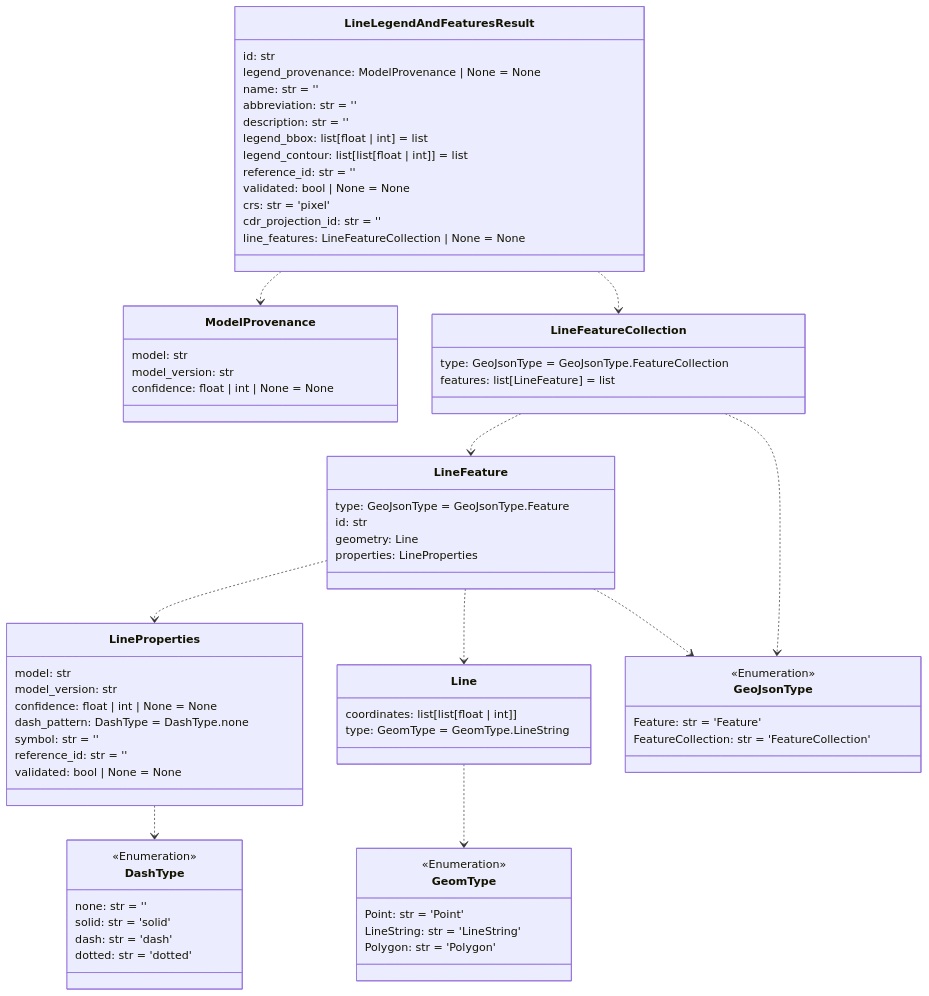
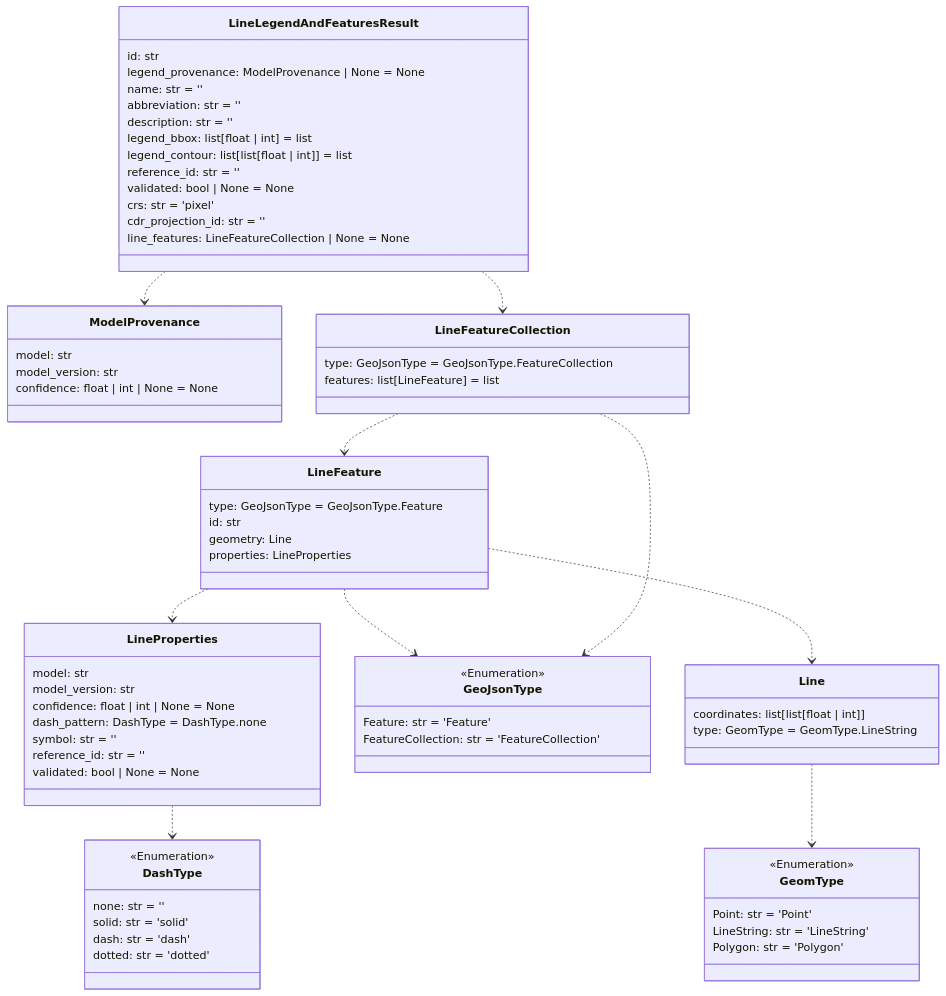
Before and after one commit to DARPA-CRITICALMAAS/cdr_schemas: the sixth of 14 diagrams in README.md, drawn with Mermaid. The commit also changed other lines of this file and 2 other files, not shown here.

````diff
--- a/README.md
+++ b/README.md
@@ -452,84 +452,84 @@
 ```mermaid
 classDiagram
-
-    class GeomType {
-        <<Enumeration>>
-        Point: str = 'Point'
-        LineString: str = 'LineString'
-        Polygon: str = 'Polygon'
-    }
-
-    class ModelProvenance {
-        model: str
-        model_version: str
-        confidence: float | int | None = None
-    }
-
-    class DashType {
-        <<Enumeration>>
-        none: str = ''
-        solid: str = 'solid'
-        dash: str = 'dash'
-        dotted: str = 'dotted'
-    }
-
-    class LineProperties {
-        model: str
-        model_version: str
-        confidence: float | int | None = None
-        dash_pattern: DashType = DashType.none
-        symbol: str = ''
-        reference_id: str = ''
-        validated: bool | None = None
-    }
-
-    class LineFeatureCollection {
-        type: GeoJsonType = GeoJsonType.FeatureCollection
-        features: list[LineFeature] = list
-    }
-
-    class LineFeature {
-        type: GeoJsonType = GeoJsonType.Feature
-        id: str
-        geometry: Line
-        properties: LineProperties
-    }
 
     class LineLegendAndFeaturesResult {
         id: str
         legend_provenance: ModelProvenance | None = None
         name: str = ''
         abbreviation: str = ''
         description: str = ''
         legend_bbox: list[float | int] = list
         legend_contour: list[list[float | int]] = list
         reference_id: str = ''
         validated: bool | None = None
         crs: str = 'pixel'
         cdr_projection_id: str = ''
         line_features: LineFeatureCollection | None = None
     }
 
+    class DashType {
+        <<Enumeration>>
+        none: str = ''
+        solid: str = 'solid'
+        dash: str = 'dash'
+        dotted: str = 'dotted'
+    }
+
+    class LineFeature {
+        type: GeoJsonType = GeoJsonType.Feature
+        id: str
+        geometry: Line
+        properties: LineProperties
+    }
+
+    class GeomType {
+        <<Enumeration>>
+        Point: str = 'Point'
+        LineString: str = 'LineString'
+        Polygon: str = 'Polygon'
+    }
+
+    class ModelProvenance {
+        model: str
+        model_version: str
+        confidence: float | int | None = None
+    }
+
     class Line {
         coordinates: list[list[float | int]]
         type: GeomType = GeomType.LineString
     }
 
     class GeoJsonType {
         <<Enumeration>>
         Feature: str = 'Feature'
         FeatureCollection: str = 'FeatureCollection'
     }
 
+    class LineFeatureCollection {
+        type: GeoJsonType = GeoJsonType.FeatureCollection
+        features: list[LineFeature] = list
+    }
+
+    class LineProperties {
+        model: str
+        model_version: str
+        confidence: float | int | None = None
+        dash_pattern: DashType = DashType.none
+        symbol: str = ''
+        reference_id: str = ''
+        validated: bool | None = None
+    }
+
     Line ..> GeomType
     LineProperties ..> DashType
     LineFeature ..> LineProperties
     LineFeature ..> GeoJsonType
     LineFeature ..> Line
     LineFeatureCollection ..> LineFeature
     LineFeatureCollection ..> GeoJsonType
+    LineLegendAndFeaturesResult ..> LineFeatureCollection
     LineLegendAndFeaturesResult ..> ModelProvenance
-    LineLegendAndFeaturesResult ..> LineFeatureCollection
 
 
 ```
````
